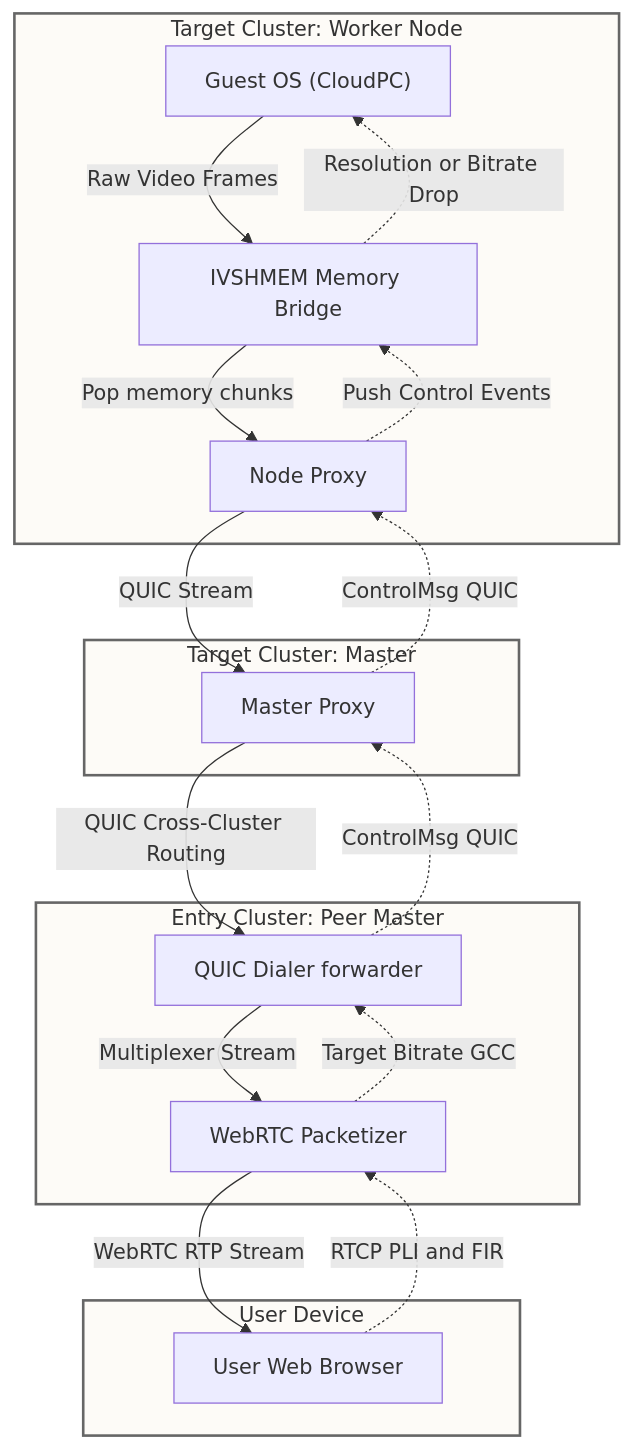
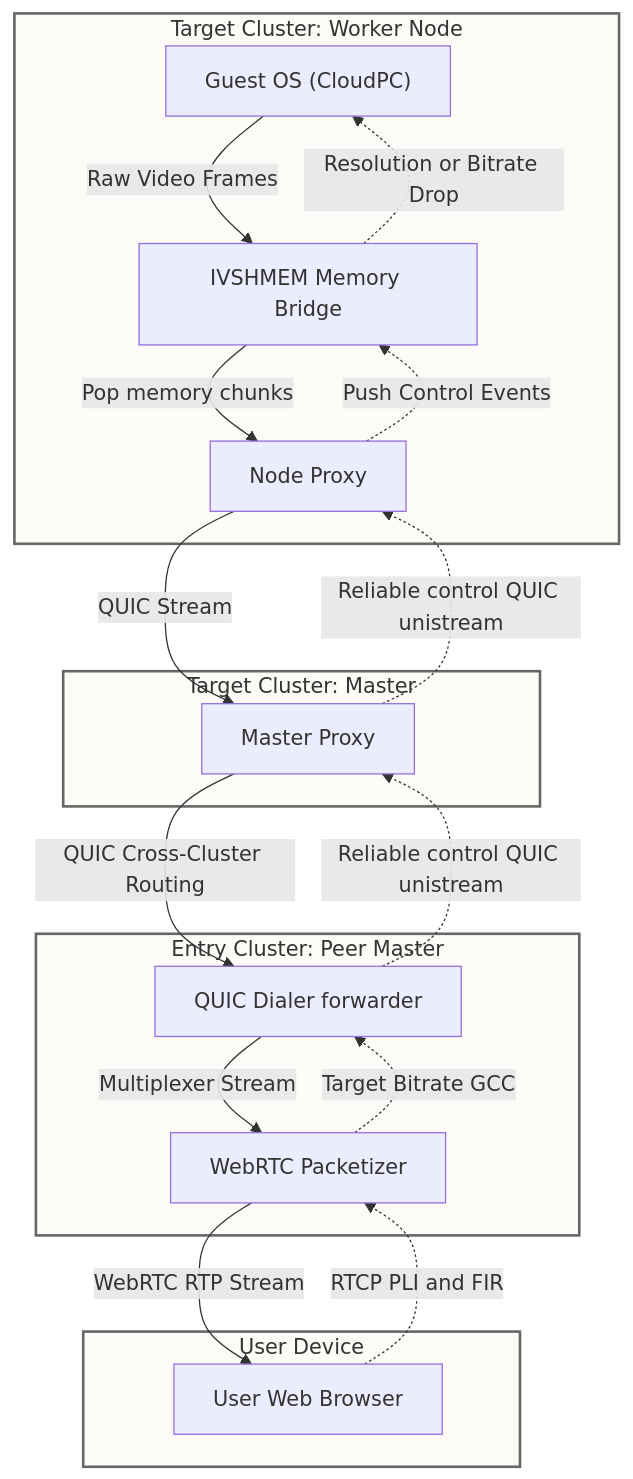
Before and after one commit to thinkonmay/thinkmay: the third of 3 diagrams in docs/product/architecture/technical_doc.md, drawn with Mermaid. The commit also changed other lines of this file, not shown here.

````diff
--- a/docs/product/architecture/technical_doc.md
+++ b/docs/product/architecture/technical_doc.md
@@ -221,39 +221,39 @@
 ```mermaid
 graph TD
     classDef cluster fill:#fdfbf7,stroke:#666,stroke-width:2px;
 
     subgraph targetNode [Target Cluster: Worker Node]
         Guest["Guest OS (CloudPC)"]
         IVSHMEM["IVSHMEM Memory Bridge"]
         WorkerProxy["Node Proxy"]
     end
 
     subgraph targetMaster [Target Cluster: Master]
         MasterProxy["Master Proxy"]
     end
 
     subgraph entryPeer [Entry Cluster: Peer Master]
         PeerDialer["QUIC Dialer forwarder"]
         WebRTCFwd["WebRTC Packetizer"]
     end
 
     subgraph client [User Device]
         Browser["User Web Browser"]
     end
 
     %% Video Data Flow
     Guest -->|Raw Video Frames| IVSHMEM
     IVSHMEM -->|Pop memory chunks| WorkerProxy
     WorkerProxy -->|QUIC Stream| MasterProxy
     MasterProxy -->|QUIC Cross-Cluster Routing| PeerDialer
     PeerDialer -->|Multiplexer Stream| WebRTCFwd
     WebRTCFwd -->|WebRTC RTP Stream| Browser
 
     %% Control Flow
     Browser -.->|RTCP PLI and FIR| WebRTCFwd
     WebRTCFwd -.->|Target Bitrate GCC| PeerDialer
-    PeerDialer -.->|ControlMsg QUIC| MasterProxy
-    MasterProxy -.->|ControlMsg QUIC| WorkerProxy
+    PeerDialer -.->|Reliable control QUIC unistream| MasterProxy
+    MasterProxy -.->|Reliable control QUIC unistream| WorkerProxy
     WorkerProxy -.->|Push Control Events| IVSHMEM
     IVSHMEM -.->|Resolution or Bitrate Drop| Guest
 ```
````
